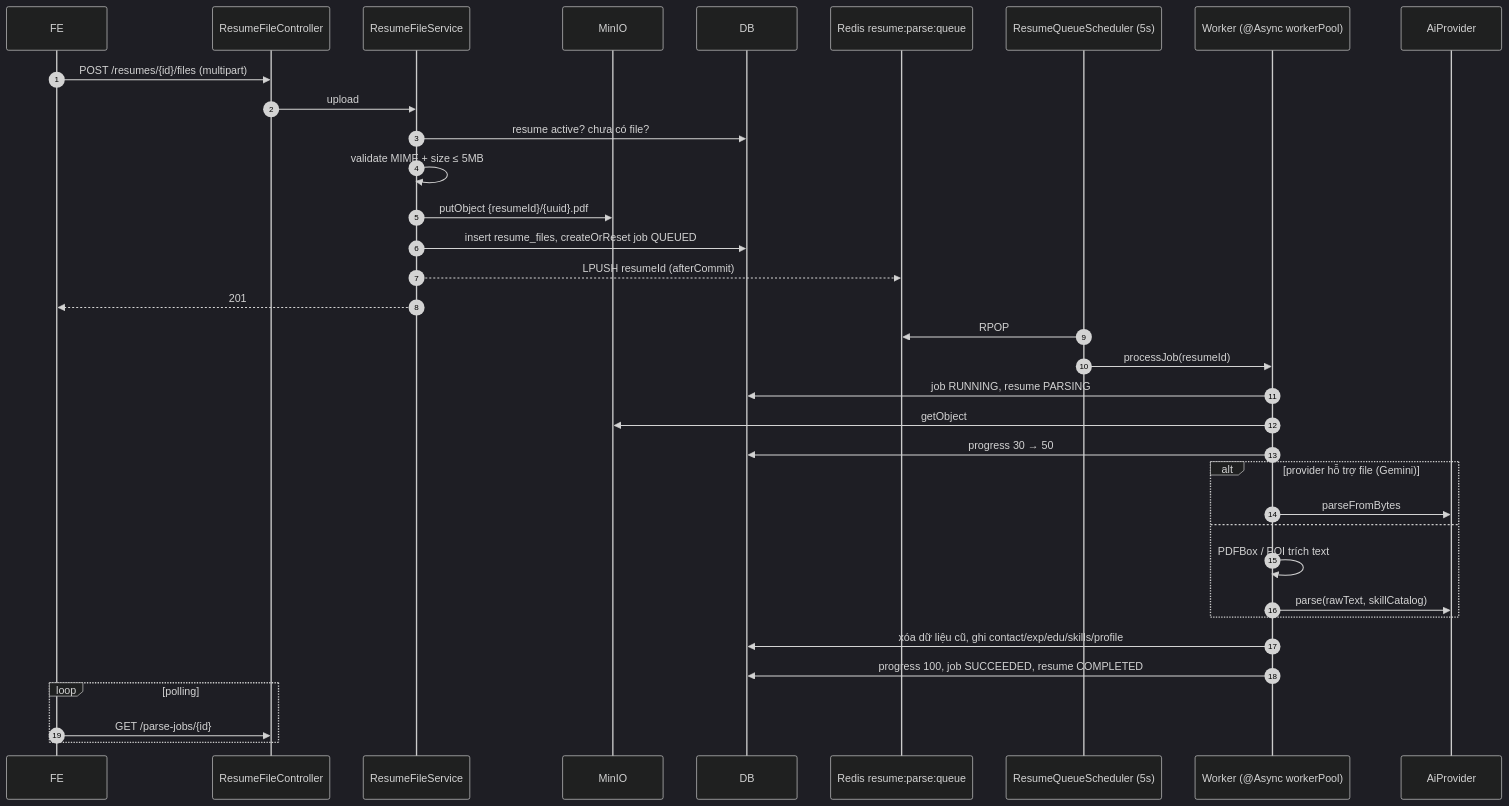
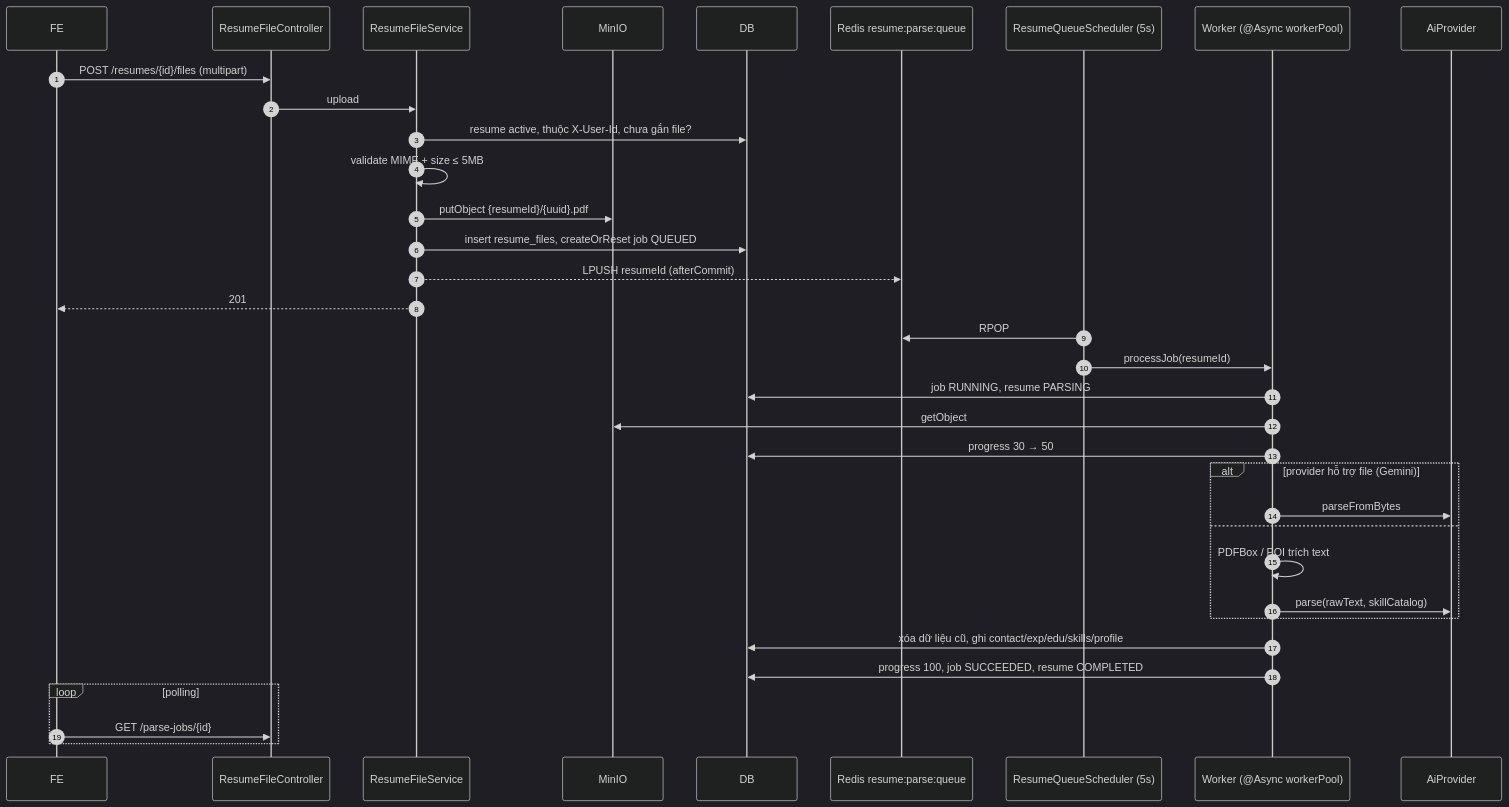
One commit to ngohoangg/intelli-hire changed the second of 4 diagrams in docs/services/resume-service.md. Above: the diagram before and after it, drawn with Mermaid (dark theme). The commit also changed other lines of this file and 19 other files, not shown here.

````diff
--- a/docs/services/resume-service.md
+++ b/docs/services/resume-service.md
@@ -166,38 +170,38 @@
 ```mermaid
 sequenceDiagram
     autonumber
     participant FE
     participant C as ResumeFileController
     participant FS as ResumeFileService
     participant M as MinIO
     participant DB
     participant Q as Redis resume:parse:queue
     participant SCH as ResumeQueueScheduler (5s)
     participant W as Worker (@Async workerPool)
     participant AI as AiProvider
 
     FE->>C: POST /resumes/{id}/files (multipart)
     C->>FS: upload
-    FS->>DB: resume active? chưa có file?
+    FS->>DB: resume active, thuộc X-User-Id, chưa gắn file?
     FS->>FS: validate MIME + size ≤ 5MB
     FS->>M: putObject {resumeId}/{uuid}.pdf
     FS->>DB: insert resume_files, createOrReset job QUEUED
     FS-->>Q: LPUSH resumeId (afterCommit)
     FS-->>FE: 201
     SCH->>Q: RPOP
     SCH->>W: processJob(resumeId)
     W->>DB: job RUNNING, resume PARSING
     W->>M: getObject
     W->>DB: progress 30 → 50
     alt provider hỗ trợ file (Gemini)
         W->>AI: parseFromBytes
     else
         W->>W: PDFBox / POI trích text
         W->>AI: parse(rawText, skillCatalog)
     end
     W->>DB: xóa dữ liệu cũ, ghi contact/exp/edu/skills/profile
     W->>DB: progress 100, job SUCCEEDED, resume COMPLETED
     loop polling
         FE->>C: GET /parse-jobs/{id}
     end
 ```
````
